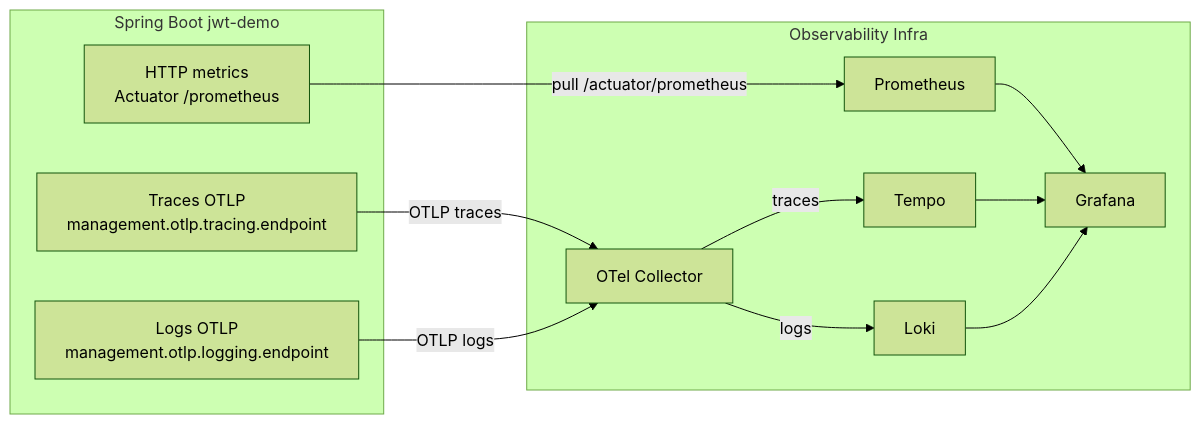
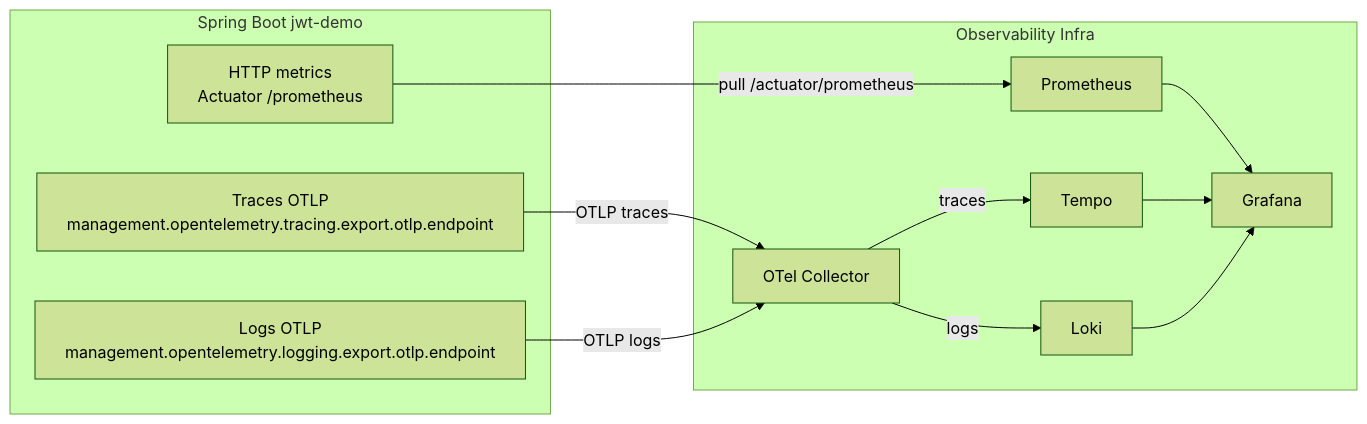
One commit to vfred0/oauth2-template changed the diagram in README.md. Above: the diagram before and after it, drawn with Mermaid (forest theme). The commit also changed other lines of this file and 10 other files, not shown here.

````diff
--- a/README.md
+++ b/README.md
@@ -778,26 +778,26 @@
 ```mermaid
 flowchart LR
   subgraph App[Spring Boot jwt-demo]
     A1[HTTP metrics\nActuator /prometheus]
-    A2[Traces OTLP\nmanagement.otlp.tracing.endpoint]
-    A3[Logs OTLP\nmanagement.otlp.logging.endpoint]
+    A2[Traces OTLP\nmanagement.opentelemetry.tracing.export.otlp.endpoint]
+    A3[Logs OTLP\nmanagement.opentelemetry.logging.export.otlp.endpoint]
   end
 
   subgraph Infra[Observability Infra]
     C[OTel Collector]
     T[Tempo]
     L[Loki]
     P[Prometheus]
     G[Grafana]
   end
 
   A1 -->|pull /actuator/prometheus| P
   A2 -->|OTLP traces| C
   A3 -->|OTLP logs| C
   C -->|traces| T
   C -->|logs| L
 
   P --> G
   T --> G
   L --> G
 ```
````
